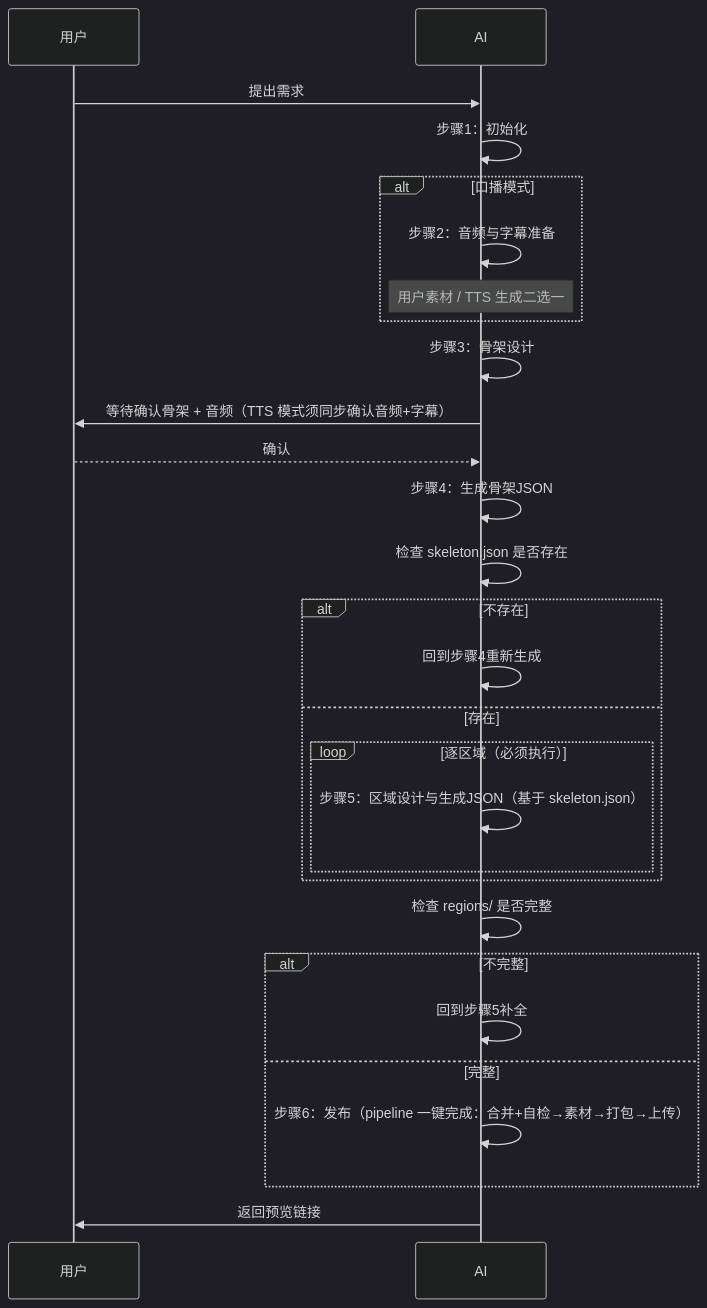
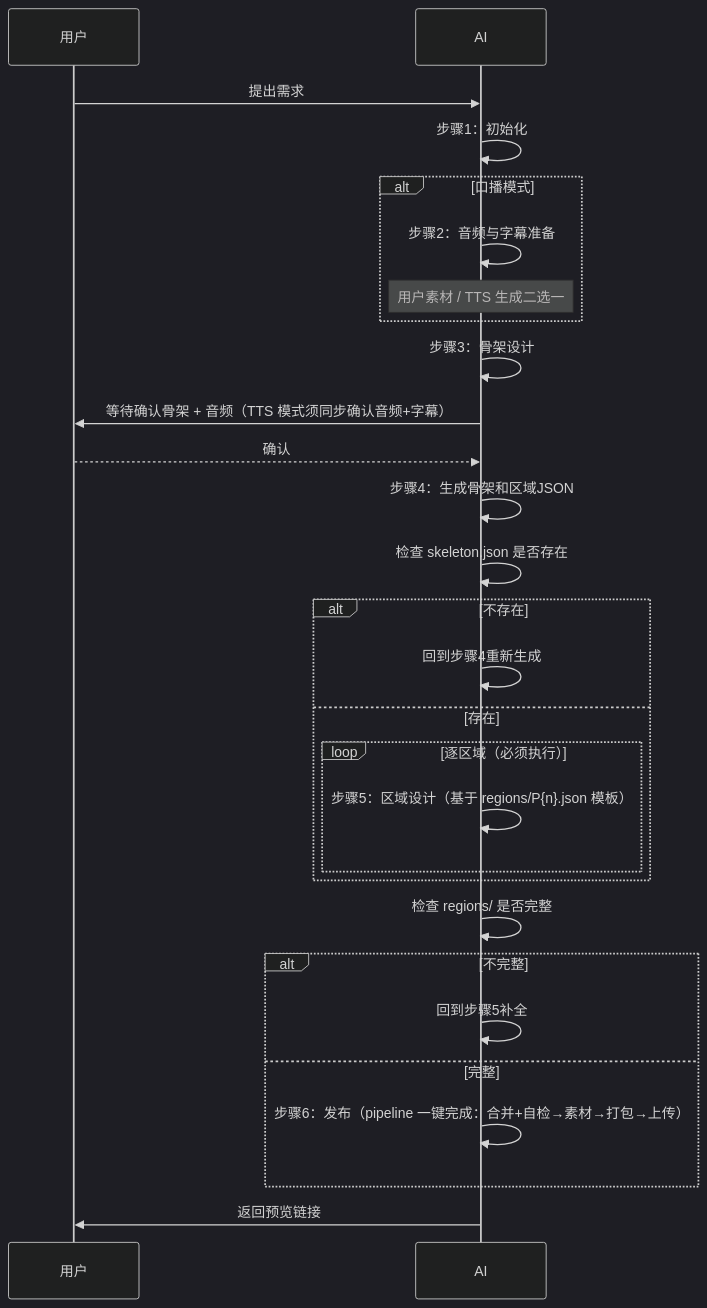
The diagram in SKILL.md (junyuaini/canvasvideo-skill), drawn with Mermaid (dark theme) before and after one commit. The commit also changed other lines of this file and 5 other files, not shown here.

````diff
--- a/SKILL.md
+++ b/SKILL.md
@@ -41,31 +41,31 @@
 ```mermaid
 sequenceDiagram
     participant 用户
     participant AI
 
     用户->>AI: 提出需求
     AI->>AI: 步骤1：初始化
     alt 口播模式
         AI->>AI: 步骤2：音频与字幕准备
         Note over AI: 用户素材 / TTS 生成二选一
     end
     AI->>AI: 步骤3：骨架设计
     AI->>用户: 等待确认骨架 + 音频（TTS 模式须同步确认音频+字幕）
     用户-->>AI: 确认
-    AI->>AI: 步骤4：生成骨架JSON
+    AI->>AI: 步骤4：生成骨架和区域JSON
     AI->>AI: 检查 skeleton.json 是否存在
     alt 不存在
         AI->>AI: 回到步骤4重新生成
     else 存在
         loop 逐区域（必须执行）
-            AI->>AI: 步骤5：区域设计与生成JSON（基于 skeleton.json）
+            AI->>AI: 步骤5：区域设计（基于 regions/P{n}.json 模板）
         end
     end
     AI->>AI: 检查 regions/ 是否完整
     alt 不完整
         AI->>AI: 回到步骤5补全
     else 完整
         AI->>AI: 步骤6：发布（pipeline 一键完成：合并+自检→素材→打包→上传）
     end
     AI->>用户: 返回预览链接
 ```
````
